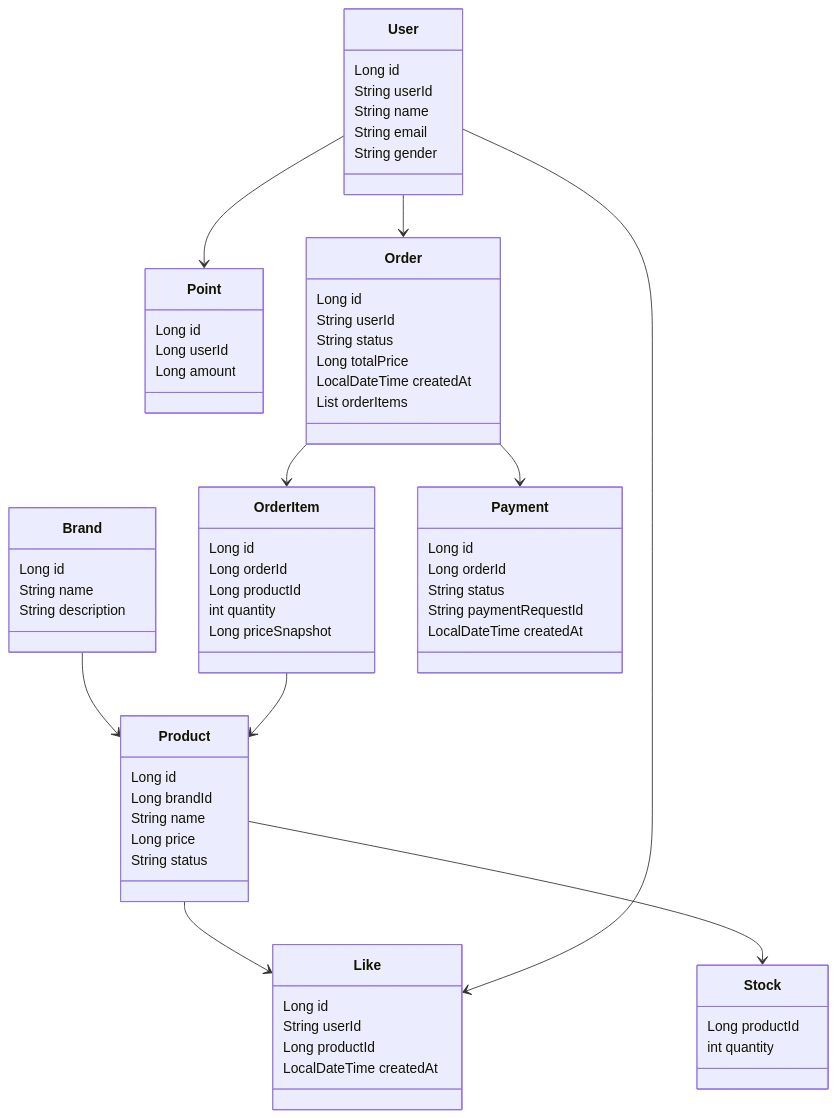
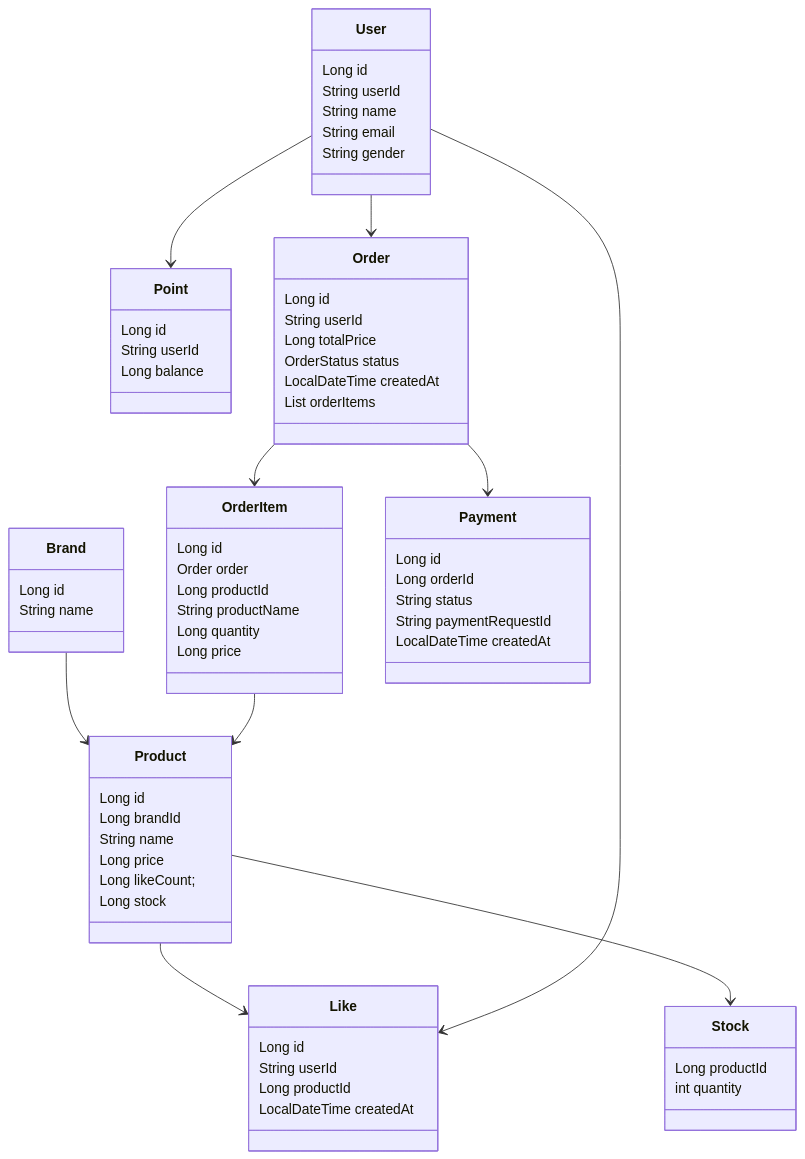
One commit to yeonjiyeon/loopers-spring-java-template changed the diagram in docs/2round/03-class-diagram.md. Above: the diagram before and after it, drawn with Mermaid. The commit also changed 1 other file, not shown here.

Commit message:
docs : 2round 문서 수정 03-class-diagram.md 04-erd.md

````diff
--- a/docs/2round/03-class-diagram.md
+++ b/docs/2round/03-class-diagram.md
@@ -3,81 +3,82 @@
 ```mermaid
 classDiagram
 direction TB
 
 class User {
   Long id
   String userId
   String name
   String email
   String gender
 }
 
 class Point {
   Long id
-  Long userId
-  Long amount
+  String userId
+  Long balance
 }
 
 class Brand {
   Long id
   String name
-  String description
 }
 
 class Product {
   Long id
   Long brandId
   String name
   Long price
-  String status
+  Long likeCount;
+  Long stock
 }
 
 class Stock {
   Long productId
   int quantity
 }
 
 class Like {
   Long id
   String userId
   Long productId
   LocalDateTime createdAt
 }
 
 class Order {
   Long id
   String userId
-  String status
   Long totalPrice
+  OrderStatus status
   LocalDateTime createdAt
   List<OrderItem> orderItems
 }
 
 class OrderItem {
   Long id
-  Long orderId
+  Order order
   Long productId
-  int quantity
-  Long priceSnapshot
+  String productName
+  Long quantity
+  Long price
 }
 
 class Payment {
   Long id
   Long orderId
   String status
   String paymentRequestId
   LocalDateTime createdAt
 }
 
 %% 관계 설정
 User --> Point
-Brand --> Product 
+Brand --> Product
 Product --> Stock
 Product --> Like
 User --> Like 
 User --> Order 
 Order --> OrderItem 
 Order --> Payment 
 OrderItem --> Product
 
 ```
````
